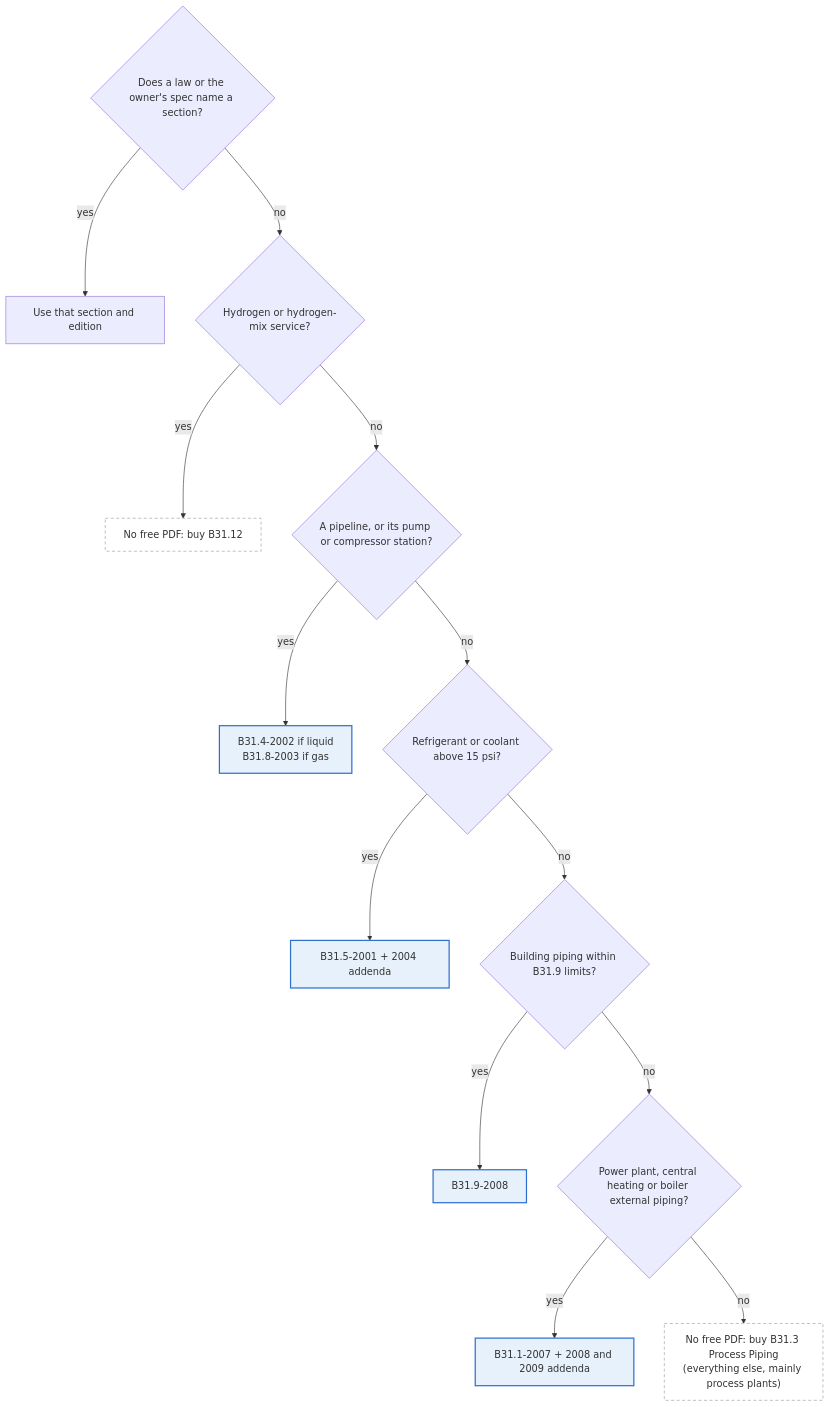
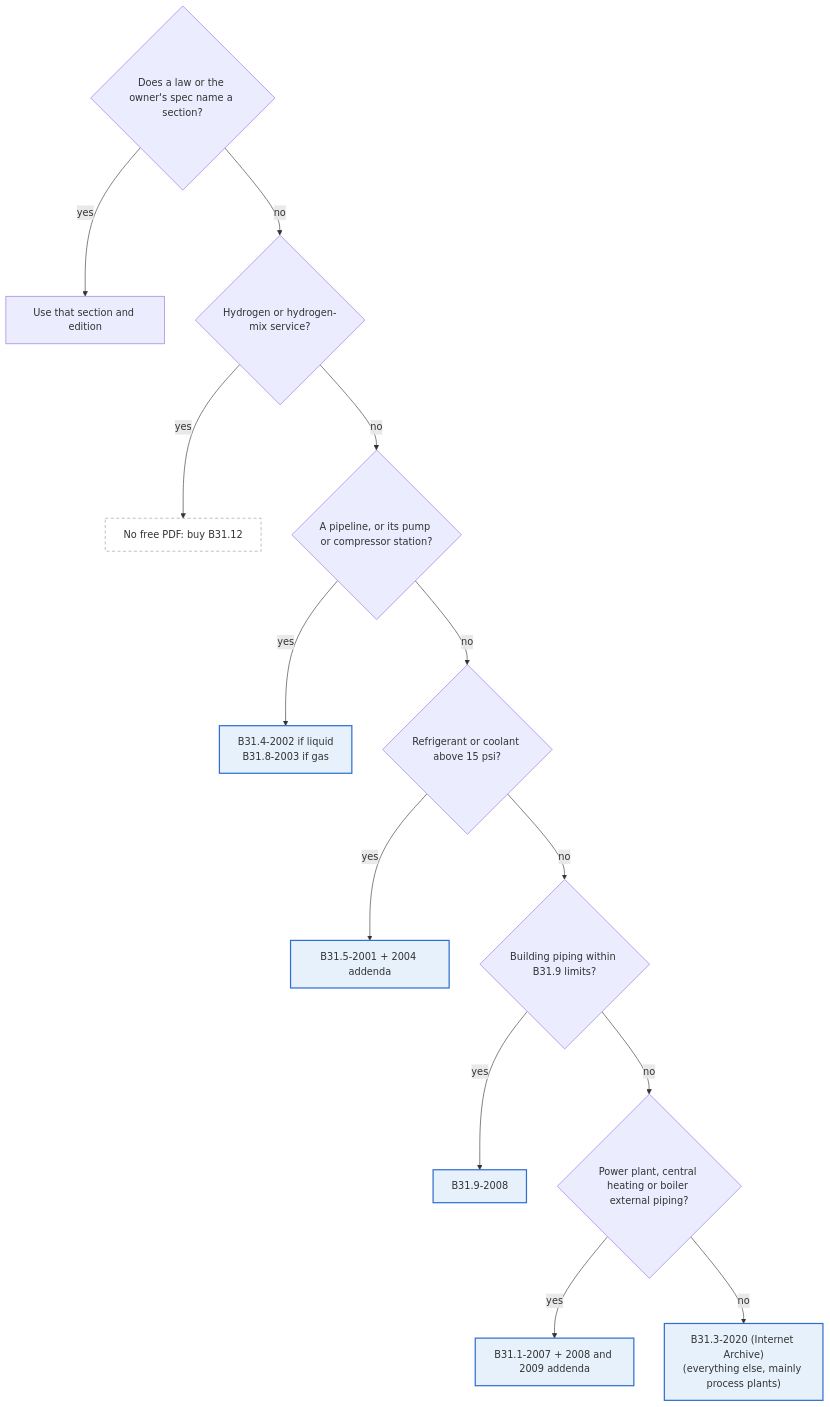
One commit to ArefAbdala/ASME-B31 changed the diagram in docs/selection-guide.md. Above: the diagram before and after it, drawn with Mermaid. The commit also changed other lines of this file and 27 other files, not shown here.

````diff
--- a/docs/selection-guide.md
+++ b/docs/selection-guide.md
@@ -9,19 +9,19 @@
 ```mermaid
 flowchart TD
     Q0{"Does a law or the owner's spec name a section?"} -- yes --> A0["Use that section and edition"]
     Q0 -- no --> Q1{"Hydrogen or hydrogen-mix service?"}
     Q1 -- yes --> A1["No free PDF: buy B31.12"]
     Q1 -- no --> Q2{"A pipeline, or its pump or compressor station?"}
     Q2 -- yes --> A2["B31.4-2002 if liquid<br/>B31.8-2003 if gas"]
     Q2 -- no --> Q3{"Refrigerant or coolant above 15 psi?"}
     Q3 -- yes --> A3["B31.5-2001 + 2004 addenda"]
     Q3 -- no --> Q4{"Building piping within B31.9 limits?"}
     Q4 -- yes --> A4["B31.9-2008"]
     Q4 -- no --> Q5{"Power plant, central heating or boiler external piping?"}
     Q5 -- yes --> A5["B31.1-2007 + 2008 and 2009 addenda"]
-    Q5 -- no --> A6["No free PDF: buy B31.3 Process Piping<br/>(everything else, mainly process plants)"]
+    Q5 -- no --> A6["B31.3-2020 (Internet Archive)<br/>(everything else, mainly process plants)"]
     classDef pdf fill:#e7f1fb,stroke:#2f6fd0,stroke-width:2px;
     classDef nopdf fill:none,stroke:#999,stroke-dasharray:5 4;
-    class A2,A3,A4,A5 pdf;
-    class A1,A6 nopdf;
+    class A2,A3,A4,A5,A6 pdf;
+    class A1 nopdf;
 ```
````
